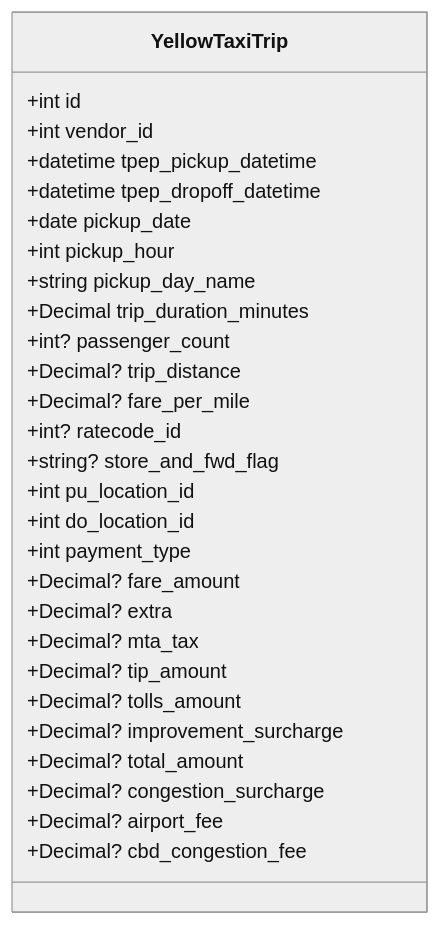
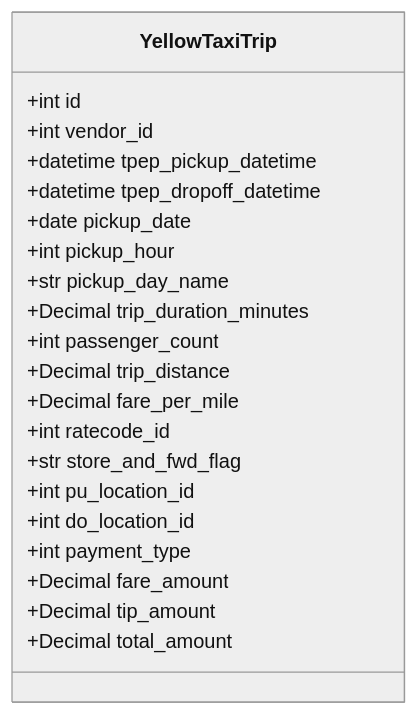
One commit to Raktabhbhattacharjee/nyc-taxi-etl changed the fifth of 5 diagrams in README.md. Above: the diagram before and after it, drawn with Mermaid (neutral theme). The commit also changed other lines of this file, not shown here.

Commit message:
Update project README with architecture diagrams

````diff
--- a/README.md
+++ b/README.md
@@ -264,31 +100,24 @@
 ```mermaid
 classDiagram
     class YellowTaxiTrip {
         +int id
         +int vendor_id
         +datetime tpep_pickup_datetime
         +datetime tpep_dropoff_datetime
         +date pickup_date
         +int pickup_hour
-        +string pickup_day_name
+        +str pickup_day_name
         +Decimal trip_duration_minutes
-        +int? passenger_count
-        +Decimal? trip_distance
-        +Decimal? fare_per_mile
-        +int? ratecode_id
-        +string? store_and_fwd_flag
+        +int passenger_count
+        +Decimal trip_distance
+        +Decimal fare_per_mile
+        +int ratecode_id
+        +str store_and_fwd_flag
         +int pu_location_id
         +int do_location_id
         +int payment_type
-        +Decimal? fare_amount
-        +Decimal? extra
-        +Decimal? mta_tax
-        +Decimal? tip_amount
-        +Decimal? tolls_amount
-        +Decimal? improvement_surcharge
-        +Decimal? total_amount
-        +Decimal? congestion_surcharge
-        +Decimal? airport_fee
-        +Decimal? cbd_congestion_fee
+        +Decimal fare_amount
+        +Decimal tip_amount
+        +Decimal total_amount
     }
 ```
````
